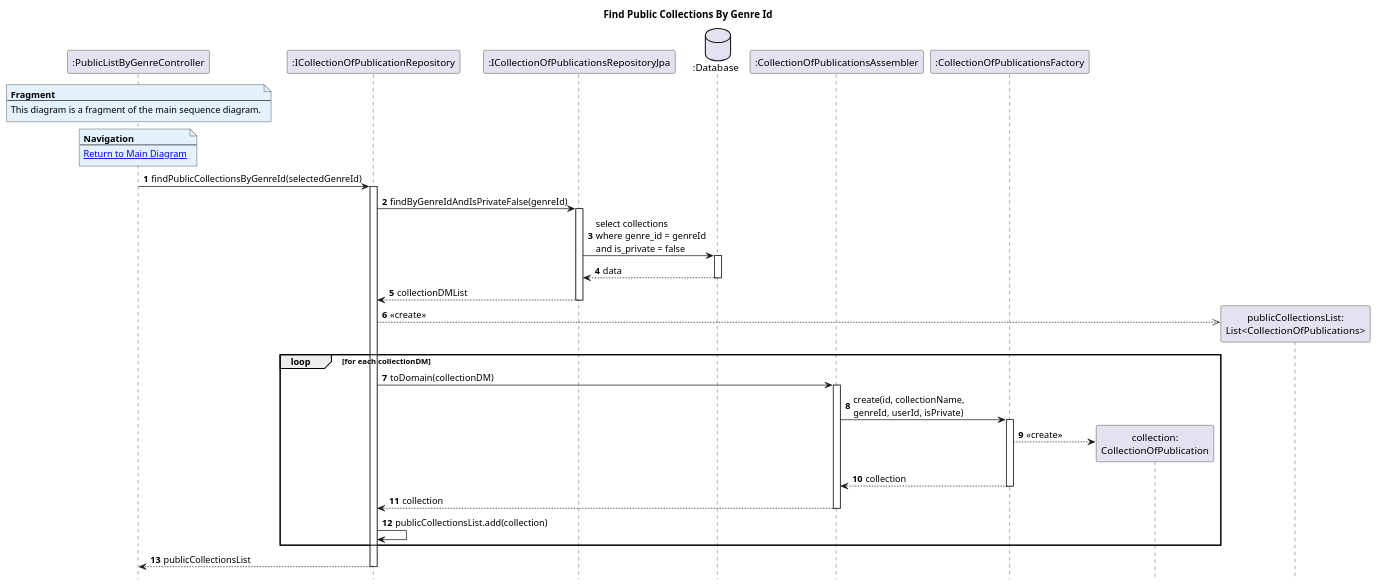
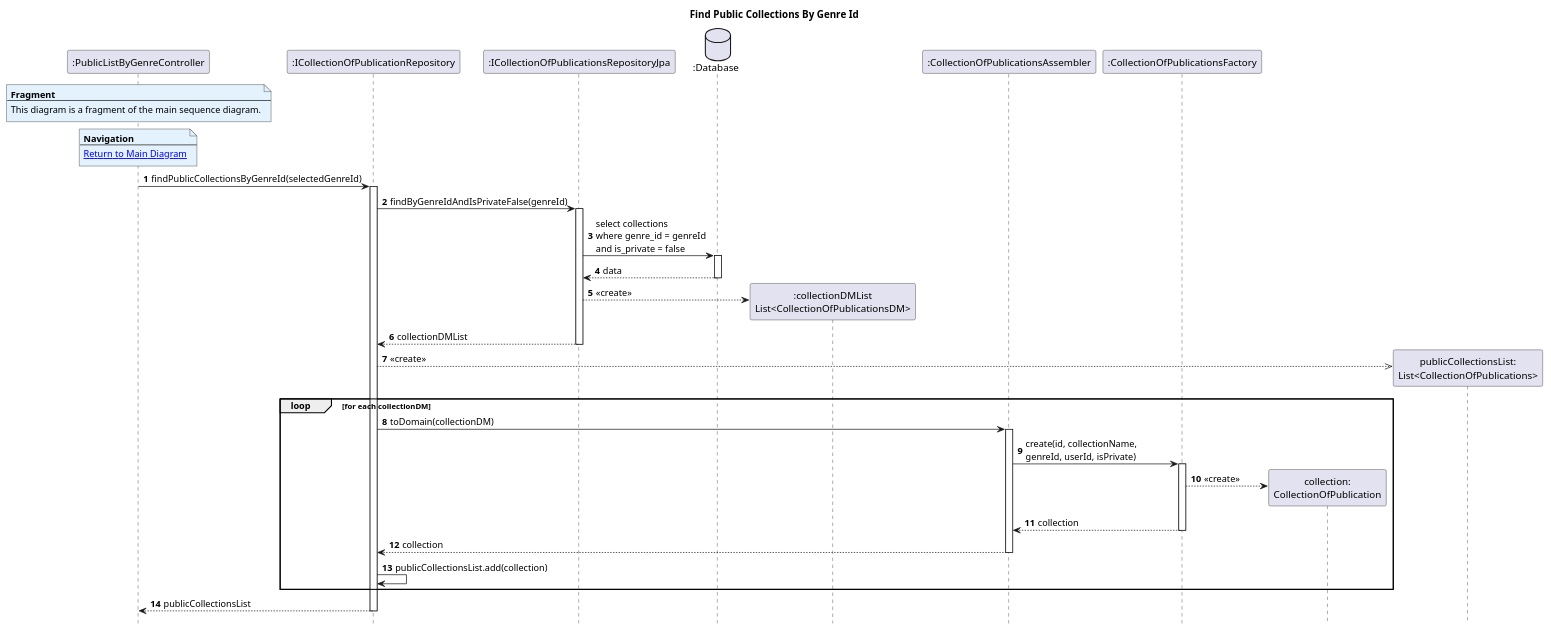
One commit to AndrePereiraGitH/SWitCH-Project-Team_A changed the diagram in Diagrams/SequenceDiagrams/N2/To-get-list-of-public-lists-by-genre/3.FindPublicCollectionsByGenreId.puml. Above: the diagram before and after it, drawn with PlantUML.

Commit message:
fix: fix minor mistake in sequence diagram. #753

```diff
--- a/Diagrams/SequenceDiagrams/N2/To-get-list-of-public-lists-by-genre/3.FindPublicCollectionsByGenreId.puml
+++ b/Diagrams/SequenceDiagrams/N2/To-get-list-of-public-lists-by-genre/3.FindPublicCollectionsByGenreId.puml
@@ -1,64 +1,66 @@
 @startuml
 hide footbox
 autonumber
 
 title Find Public Collections By Genre Id
 
 participant ":PublicListByGenreController" as Ctrl
 
 participant ":ICollectionOfPublicationRepository" as collectionRepo
 participant ":ICollectionOfPublicationsRepositoryJpa" as collectionRepoJpa
 database ":Database" as DB
+participant ":collectionDMList\nList<CollectionOfPublicationsDM>" as collectionDMList
 participant ":CollectionOfPublicationsAssembler" as assembler
 participant ":CollectionOfPublicationsFactory" as factory
 participant "collection:\nCollectionOfPublication" as collection
 participant "publicCollectionsList:\nList<CollectionOfPublications>" as publicCollectionsList
 
 note over Ctrl #E3F2FD
 <b>Fragment</b>
 ---
 This diagram is a fragment of the main sequence diagram.
 end note
 
 note over Ctrl #E3F2FD
 <b>Navigation</b>
 ---
 [[1.MainDiagram.puml Return to Main Diagram]]
 end note
 
 Ctrl -> collectionRepo : findPublicCollectionsByGenreId(selectedGenreId)
 activate collectionRepo
 
 collectionRepo -> collectionRepoJpa : findByGenreIdAndIsPrivateFalse(genreId)
 activate collectionRepoJpa
 
 collectionRepoJpa -> DB : select collections\nwhere genre_id = genreId\nand is_private = false
 activate DB
 DB --> collectionRepoJpa : data
 deactivate DB
+collectionRepoJpa --> collectionDMList ** : <<create>>
 
 collectionRepoJpa --> collectionRepo : collectionDMList
 deactivate collectionRepoJpa
 
 collectionRepo -->> publicCollectionsList ** : <<create>>
 
 loop for each collectionDM
     collectionRepo -> assembler : toDomain(collectionDM)
     activate assembler
 
     assembler -> factory : create(id, collectionName,\ngenreId, userId, isPrivate)
     activate factory
     factory --> collection ** : <<create>>
     factory --> assembler : collection
     deactivate factory
 
     assembler --> collectionRepo : collection
     deactivate assembler
 
     collectionRepo -> collectionRepo : publicCollectionsList.add(collection)
 end
 
 collectionRepo --> Ctrl : publicCollectionsList
 deactivate collectionRepo
 
 @enduml
```
